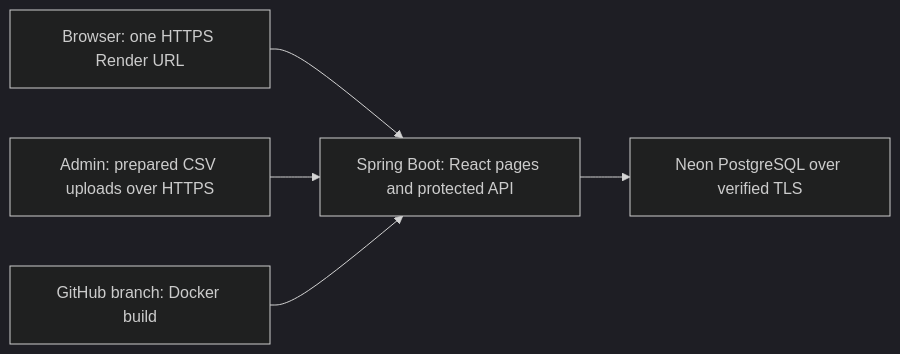
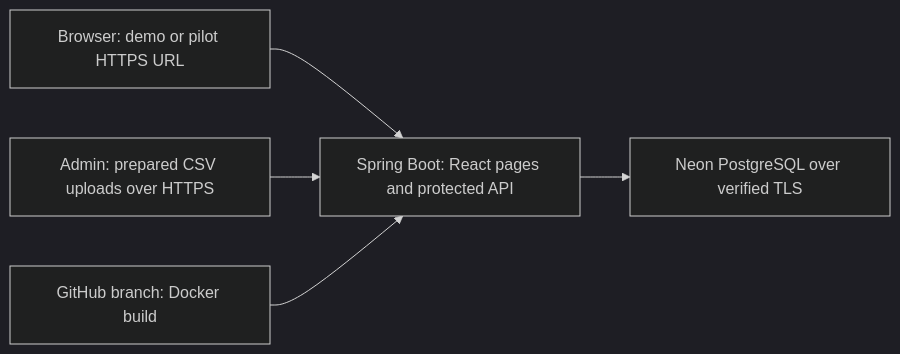
One commit to HuseynBlv/SCAN changed the diagram in docs/free-demo-deployment.md. Above: the diagram before and after it, drawn with Mermaid (dark theme). The commit also changed other lines of this file and 4 other files, not shown here.

````diff
--- a/docs/free-demo-deployment.md
+++ b/docs/free-demo-deployment.md
@@ -12,7 +15,7 @@
 ```mermaid
 flowchart LR
-    A["Browser: one HTTPS Render URL"] --> B["Spring Boot: React pages and protected API"]
+    A["Browser: demo or pilot HTTPS URL"] --> B["Spring Boot: React pages and protected API"]
     C["Admin: prepared CSV uploads over HTTPS"] --> B
     B --> D["Neon PostgreSQL over verified TLS"]
     E["GitHub branch: Docker build"] --> B
 ```
````
